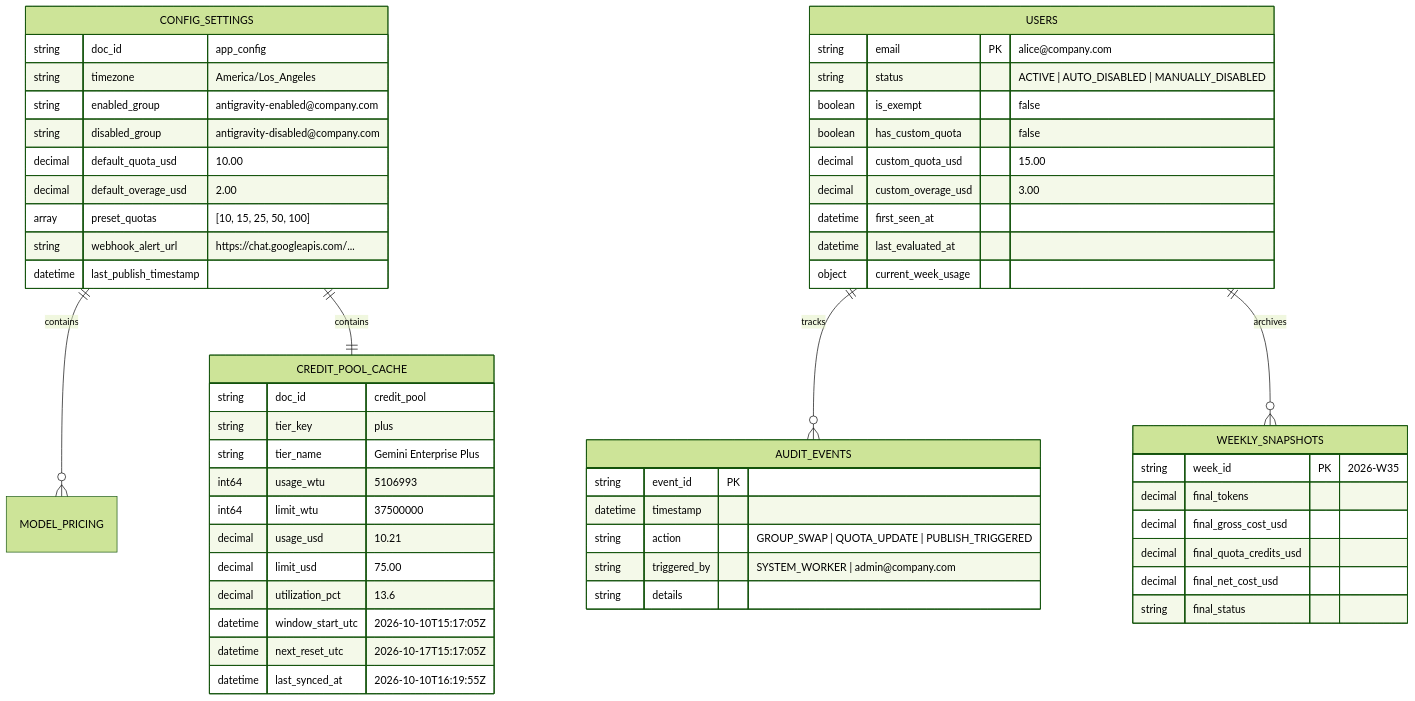
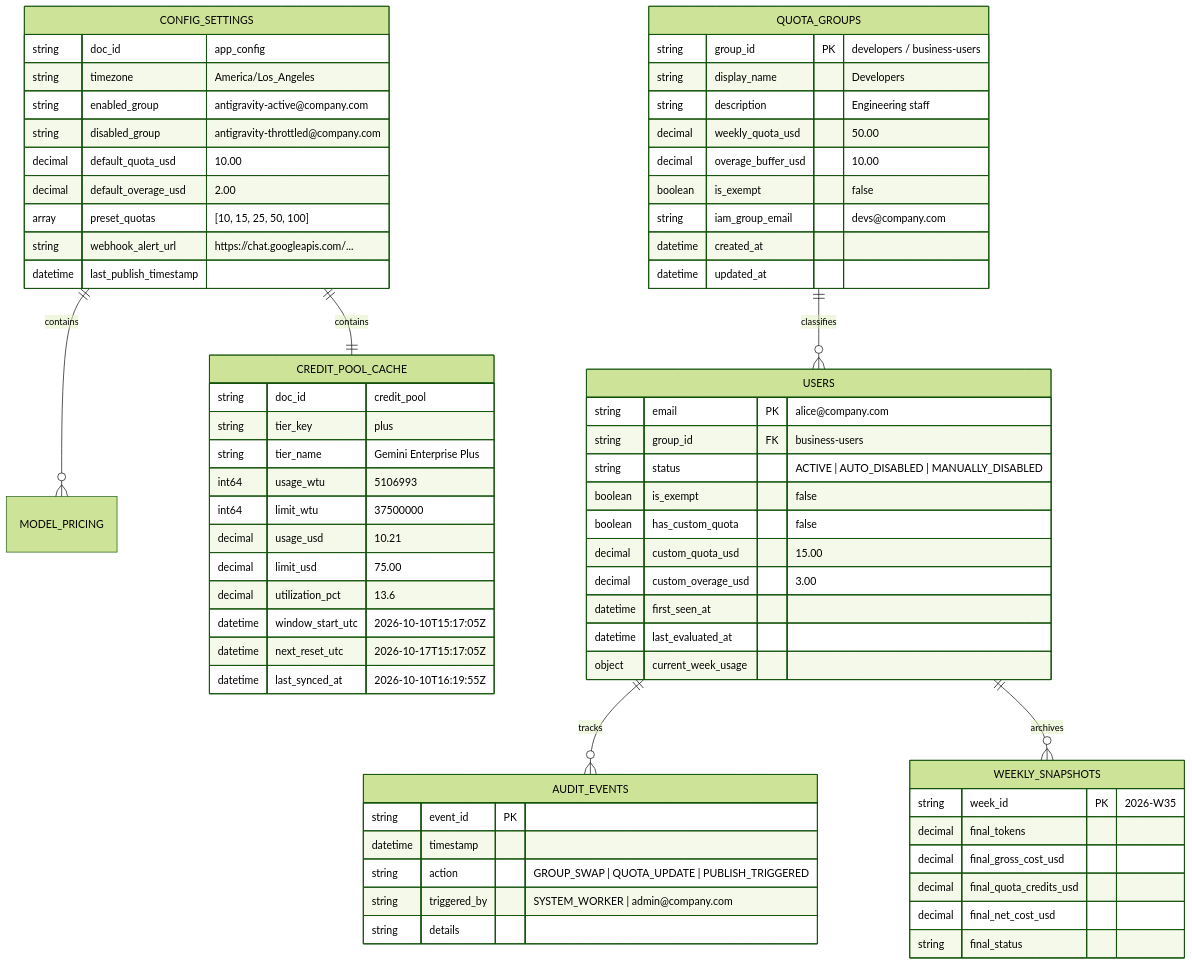
One commit to agentspace-ge/agy-quota-config-dash changed the fifth of 6 diagrams in SPECIFICATION.md. Above: the diagram before and after it, drawn with Mermaid (forest theme). The commit also changed other lines of this file and 3 other files, not shown here.

Commit message:
docs: document Quota Groups architecture, 3-tier precedence, and gatekeeper groups

````diff
--- a/SPECIFICATION.md
+++ b/SPECIFICATION.md
@@ -404,62 +491,76 @@
 ```mermaid
 erDiagram
     CONFIG_SETTINGS ||--o{ MODEL_PRICING : contains
     CONFIG_SETTINGS ||--|| CREDIT_POOL_CACHE : contains
+    QUOTA_GROUPS ||--o{ USERS : classifies
     USERS ||--o{ AUDIT_EVENTS : tracks
     USERS ||--o{ WEEKLY_SNAPSHOTS : archives
 
     CONFIG_SETTINGS {
         string doc_id "app_config"
         string timezone "America/Los_Angeles"
-        string enabled_group "antigravity-enabled@company.com"
-        string disabled_group "antigravity-disabled@company.com"
+        string enabled_group "antigravity-active@company.com"
+        string disabled_group "antigravity-throttled@company.com"
         decimal default_quota_usd "10.00"
         decimal default_overage_usd "2.00"
         array preset_quotas "[10, 15, 25, 50, 100]"
         string webhook_alert_url "https://chat.googleapis.com/..."
         datetime last_publish_timestamp
     }
 
     CREDIT_POOL_CACHE {
         string doc_id "credit_pool"
         string tier_key "plus"
         string tier_name "Gemini Enterprise Plus"
         int64 usage_wtu "5106993"
         int64 limit_wtu "37500000"
         decimal usage_usd "10.21"
         decimal limit_usd "75.00"
         decimal utilization_pct "13.6"
         datetime window_start_utc "2026-10-10T15:17:05Z"
         datetime next_reset_utc "2026-10-17T15:17:05Z"
         datetime last_synced_at "2026-10-10T16:19:55Z"
     }
 
+    QUOTA_GROUPS {
+        string group_id PK "developers / business-users"
+        string display_name "Developers"
+        string description "Engineering staff"
+        decimal weekly_quota_usd "50.00"
+        decimal overage_buffer_usd "10.00"
+        boolean is_exempt "false"
+        string iam_group_email "devs@company.com"
+        datetime created_at
+        datetime updated_at
+    }
+
     USERS {
         string email PK "alice@company.com"
+        string group_id FK "business-users"
         string status "ACTIVE | AUTO_DISABLED | MANUALLY_DISABLED"
         boolean is_exempt "false"
         boolean has_custom_quota "false"
         decimal custom_quota_usd "15.00"
         decimal custom_overage_usd "3.00"
         datetime first_seen_at
         datetime last_evaluated_at
         object current_week_usage
     }
 
     WEEKLY_SNAPSHOTS {
         string week_id PK "2026-W35"
         decimal final_tokens
         decimal final_gross_cost_usd
         decimal final_quota_credits_usd
         decimal final_net_cost_usd
         string final_status
     }
 
     AUDIT_EVENTS {
         string event_id PK
         datetime timestamp
         string action "GROUP_SWAP | QUOTA_UPDATE | PUBLISH_TRIGGERED"
         string triggered_by "SYSTEM_WORKER | admin@company.com"
         string details
     }
 ```
````
